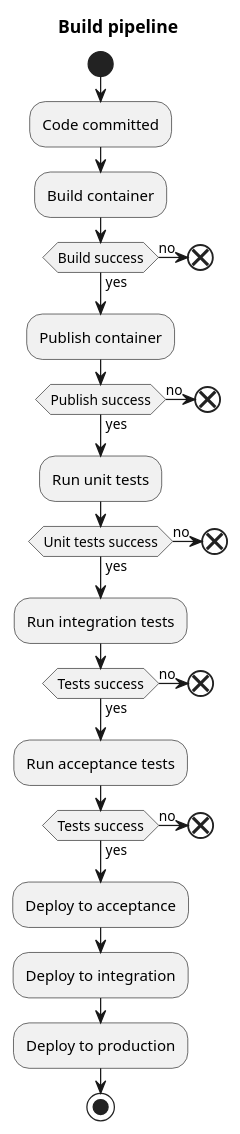
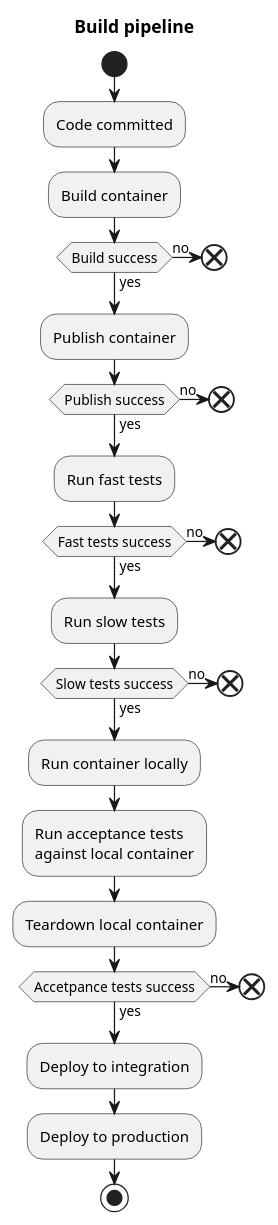
Before and after one commit to findmypast/usher: the diagram in diagrams/puml/build-pipeline.puml, drawn with PlantUML. The commit also changed 2 other files, not shown here.

Commit message:
Updating the diagram after chatting to Jae

```diff
--- a/diagrams/puml/build-pipeline.puml
+++ b/diagrams/puml/build-pipeline.puml
@@ -1,46 +1,48 @@
 @startuml
 title Build pipeline
 start
 :Code committed;
 :Build container;
 
 if (Build success) then (yes)
 else (no)
   end
 endif
 
 :Publish container;
 
 if(Publish success) then (yes)
 else(no)
   end
 endif
 
-:Run unit tests;
+:Run fast tests;
 
-if(Unit tests success) then (yes)
+if(Fast tests success) then (yes)
 else(no)
   end
 endif
 
-:Run integration tests;
+:Run slow tests;
 
-if(Tests success) then (yes)
+if(Slow tests success) then (yes)
 else(no)
   end
 endif
 
-:Run acceptance tests;
+:Run container locally;
+:Run acceptance tests
+against local container;
+:Teardown local container;
 
-if(Tests success) then (yes)
+if(Accetpance tests success) then (yes)
 else(no)
   end
 endif
 
-:Deploy to acceptance;
 :Deploy to integration;
 :Deploy to production;
 
 stop
 
 @enduml
```
